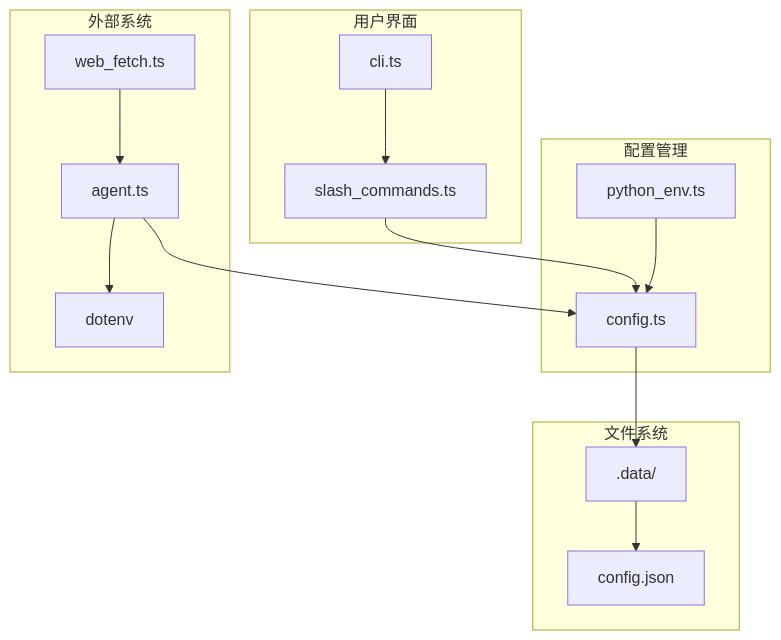
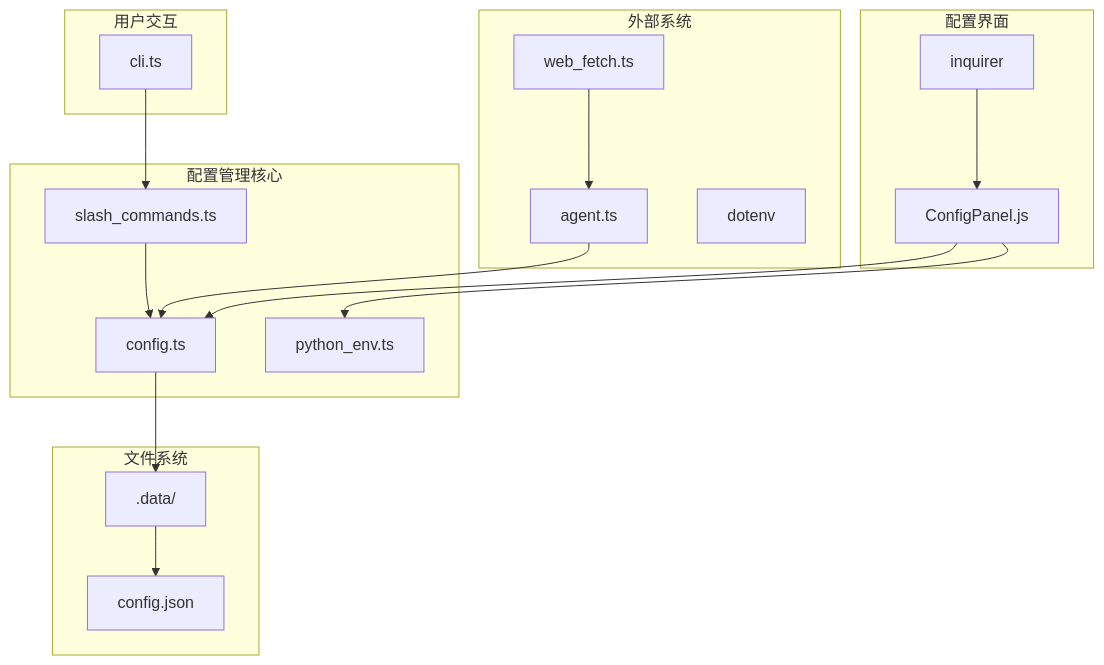
Before and after one commit to HAOFUYANG/onion-code: the eighth of 8 diagrams in .qoder/repowiki/zh/content/配置管理.md, drawn with Mermaid. The commit also changed other lines of this file and 13 other files, not shown here.

````diff
--- a/.qoder/repowiki/zh/content/配置管理.md
+++ b/.qoder/repowiki/zh/content/配置管理.md
@@ -257,28 +313,33 @@
 ```mermaid
 graph TB
-subgraph "配置管理"
+subgraph "配置管理核心"
 ConfigTS[config.ts]
 PythonEnvTS[python_env.ts]
+SlashCmdTS[slash_commands.ts]
 end
-subgraph "用户界面"
-SlashTS[slash_commands.ts]
+subgraph "配置界面"
+ConfigPanelJS[ConfigPanel.js]
+Inquirer[inquirer]
+end
+subgraph "用户交互"
 CLITS[cli.ts]
 end
 subgraph "外部系统"
 AgentTS[agent.ts]
 WebFetchTS[web_fetch.ts]
 Dotenv[dotenv]
 end
 subgraph "文件系统"
 DataDir[.data/]
 ConfigFile[config.json]
 end
-SlashTS --> ConfigTS
-CLITS --> SlashTS
-PythonEnvTS --> ConfigTS
-AgentTS --> ConfigTS
+SlashCmdTS --> ConfigTS
 ConfigTS --> DataDir
 DataDir --> ConfigFile
-AgentTS --> Dotenv
+ConfigPanelJS --> ConfigTS
+ConfigPanelJS --> PythonEnvTS
+Inquirer --> ConfigPanelJS
+CLITS --> SlashCmdTS
+AgentTS --> ConfigTS
 WebFetchTS --> AgentTS
 ```
````
